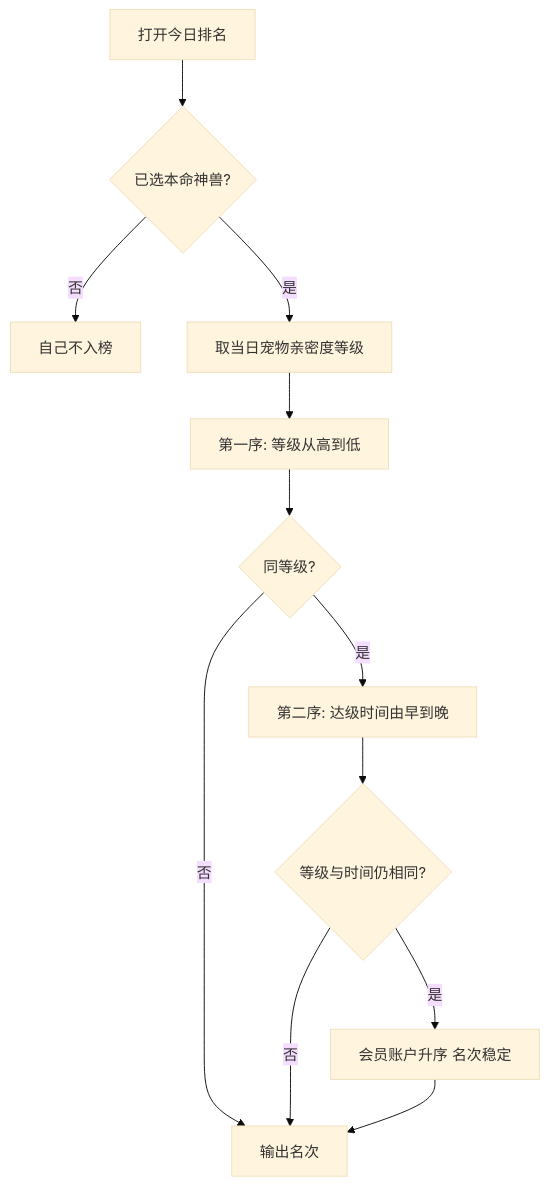
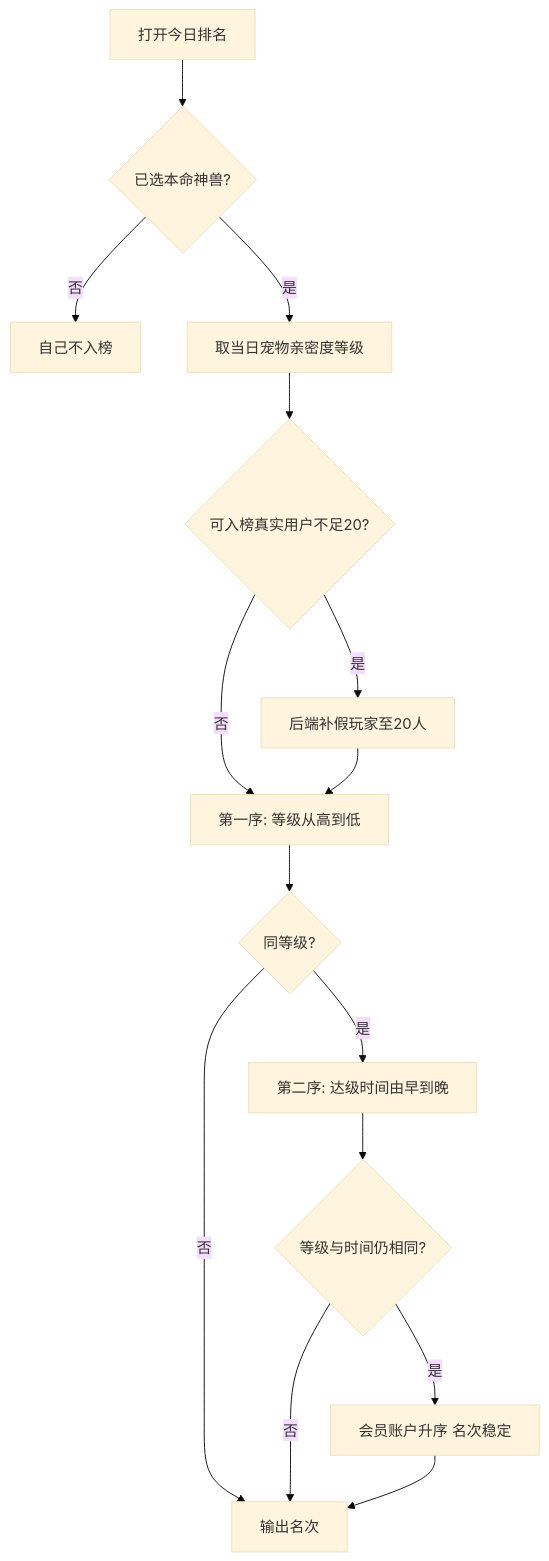
Before and after one commit to huasabrina8-dotcom/qq-pet-vip-prototype: the eighth of 8 diagrams in docs/萌宠乐园-开发测试宣讲需求.md, drawn with Mermaid (base theme). The commit also changed other lines of this file and 3 other files, not shown here.

````diff
--- a/docs/萌宠乐园-开发测试宣讲需求.md
+++ b/docs/萌宠乐园-开发测试宣讲需求.md
@@ -751,14 +772,17 @@
 ```mermaid
 flowchart TD
   A[打开今日排名] --> B{已选本命神兽?}
   B -->|否| C[自己不入榜]
   B -->|是| D[取当日宠物亲密度等级]
-  D --> E[第一序: 等级从高到低]
+  D --> P{可入榜真实用户不足20?}
+  P -->|是| Q[后端补假玩家至20人]
+  P -->|否| E[第一序: 等级从高到低]
+  Q --> E
   E --> F{同等级?}
   F -->|否| G[输出名次]
   F -->|是| H[第二序: 达级时间由早到晚]
   H --> I{等级与时间仍相同?}
   I -->|是| J[会员账户升序 名次稳定]
   I -->|否| G
   J --> G
 ```
````
